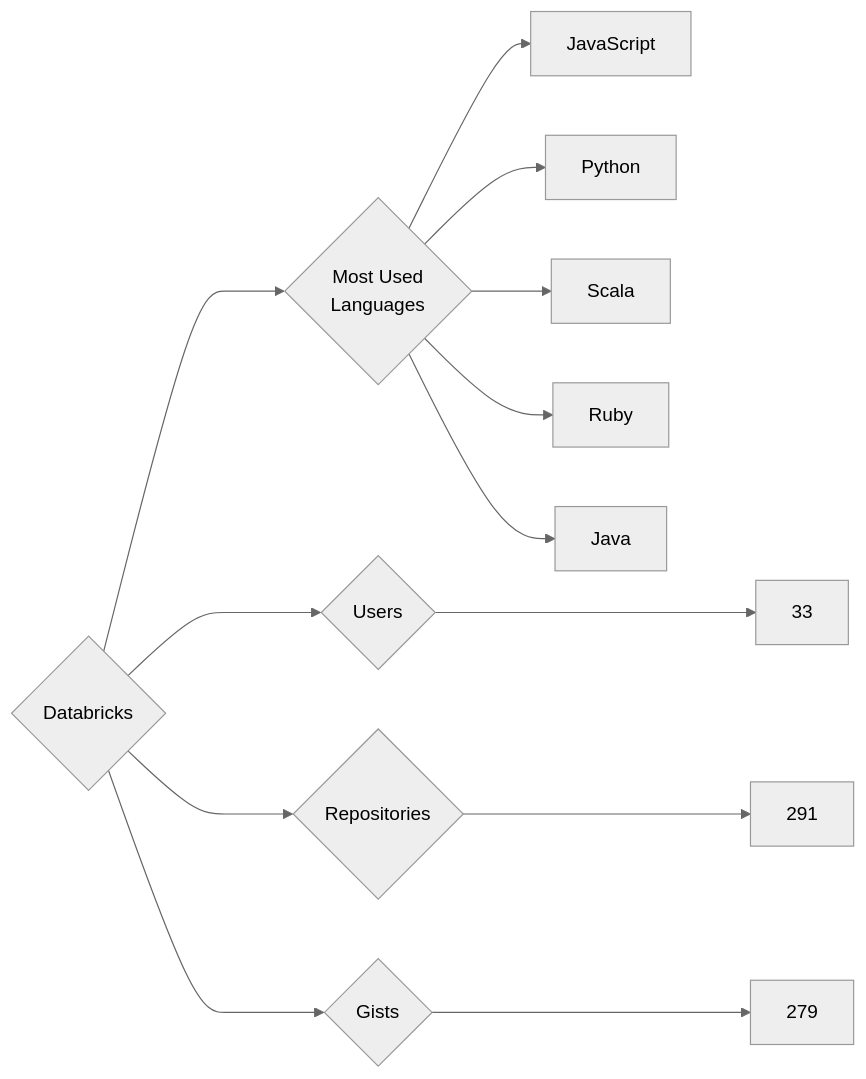
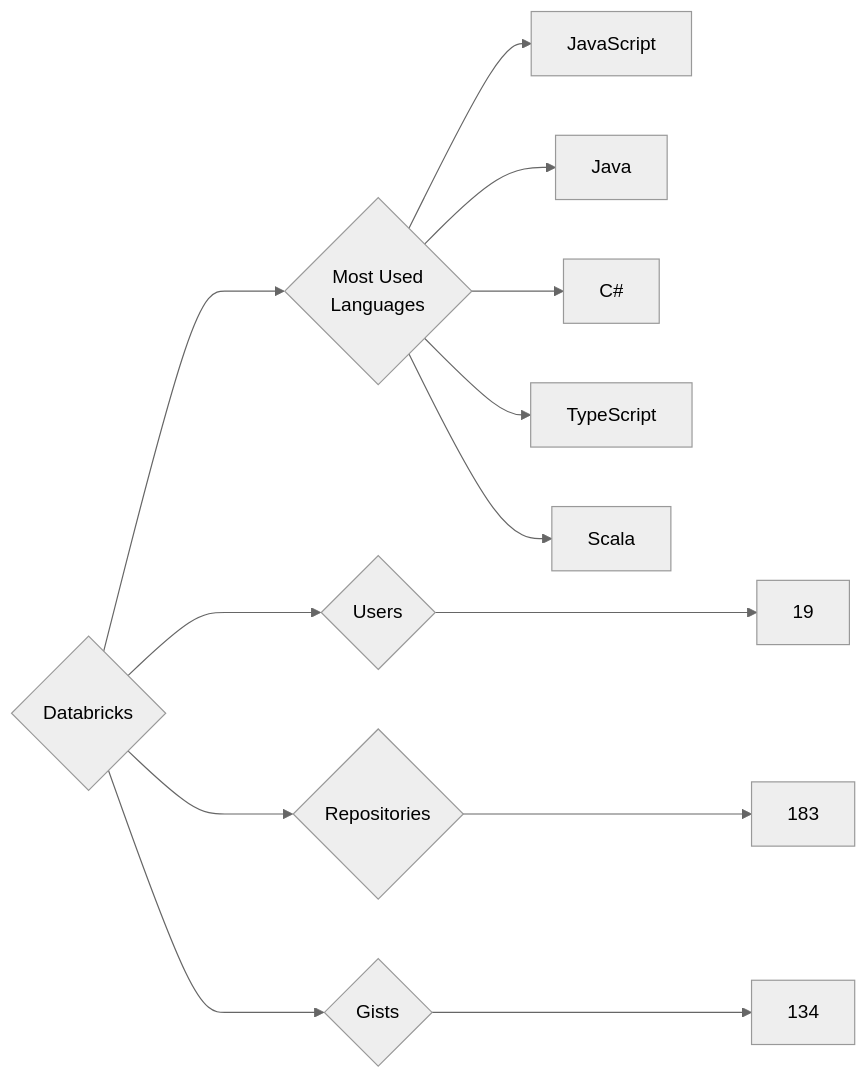
Before and after one commit to trickest/insiders: the diagram in targets/Databricks/README.md, drawn with Mermaid (neutral theme). The commit also changed 796 other files, not shown here.

````diff
--- a/targets/Databricks/README.md
+++ b/targets/Databricks/README.md
@@ -3,13 +3,13 @@
 ```mermaid
 graph LR
 COMPANY_NAME{Databricks}
-COMPANY_NAME ---> U{Users} ---> UN[33]
-COMPANY_NAME ---> R{Repositories} ---> RN[291]
-COMPANY_NAME ---> G{Gists} ---> GN[279]
+COMPANY_NAME ---> U{Users} ---> UN[19]
+COMPANY_NAME ---> R{Repositories} ---> RN[183]
+COMPANY_NAME ---> G{Gists} ---> GN[134]
 COMPANY_NAME ---> ML{Most Used<br>Languages}
 ML --> JavaScript[JavaScript]
-ML --> Python[Python]
+ML --> Java[Java]
+ML --> C#[C#]
+ML --> TypeScript[TypeScript]
 ML --> Scala[Scala]
-ML --> Ruby[Ruby]
-ML --> Java[Java]
 ```
````
